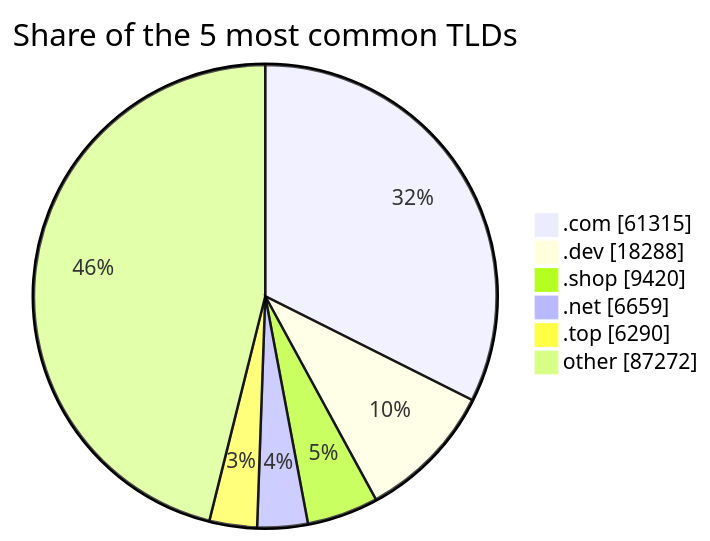
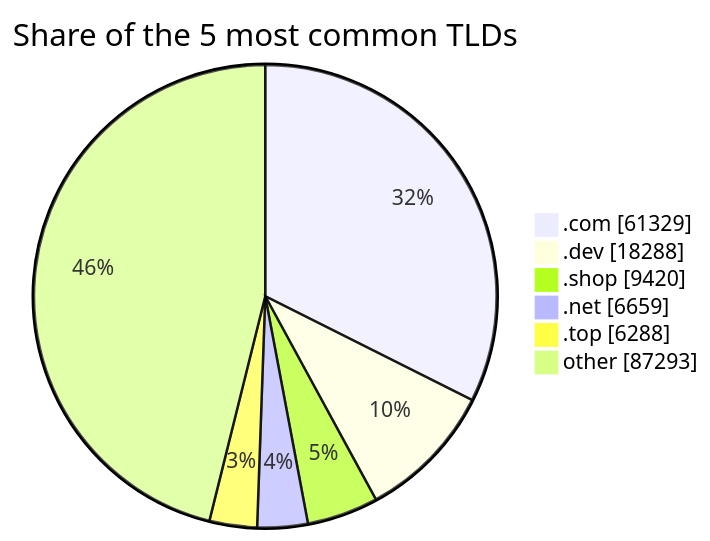
One commit to DNSBunker/CTI changed the third of 3 diagrams in README.md. Above: the diagram before and after it, drawn with Mermaid. The commit also changed other lines of this file and 3 other files, not shown here.

````diff
--- a/README.md
+++ b/README.md
@@ -81,9 +81,9 @@
 ```mermaid
 pie showData title Share of the 5 most common TLDs
-    ".com" : 61315
+    ".com" : 61329
     ".dev" : 18288
     ".shop" : 9420
     ".net" : 6659
-    ".top" : 6290
-    "other" : 87272
+    ".top" : 6288
+    "other" : 87293
 ```
````
